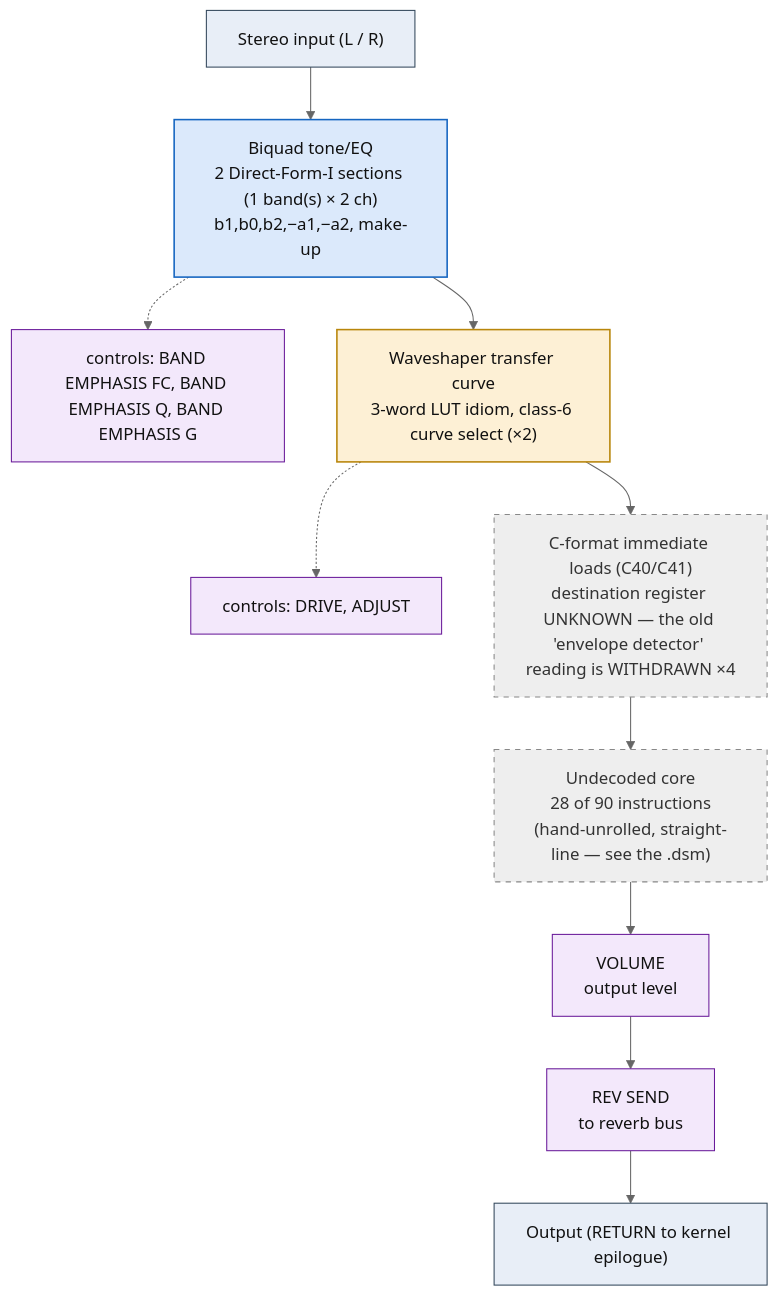
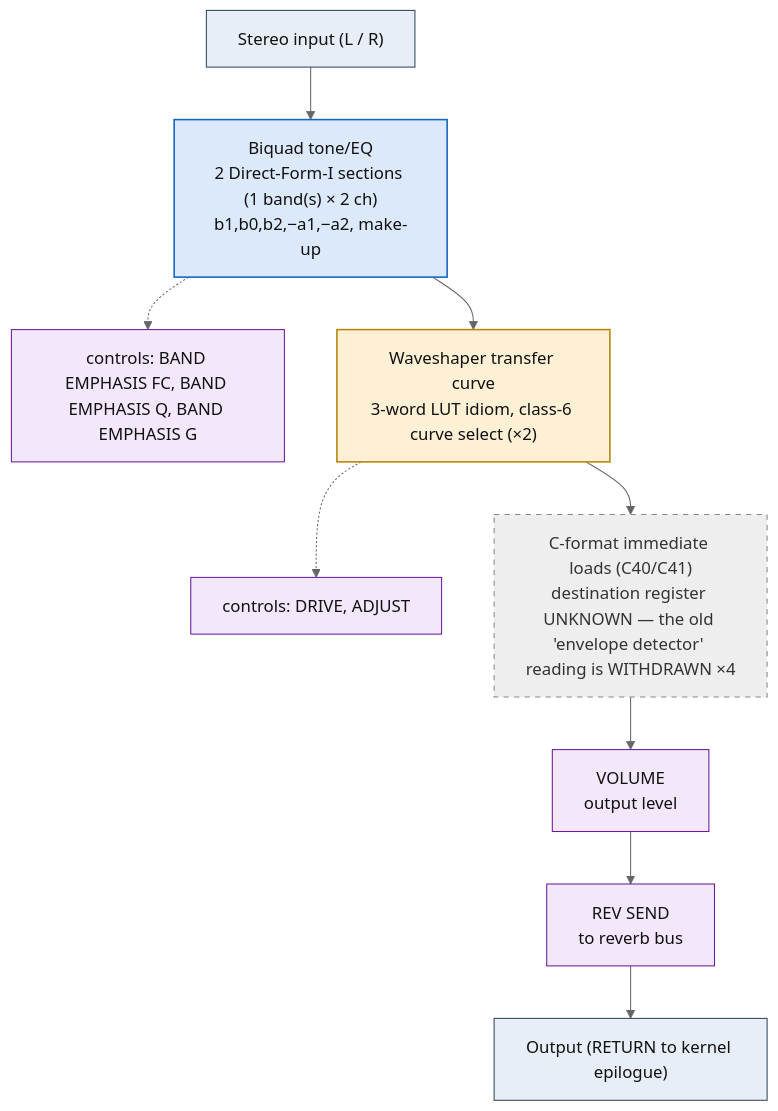
One commit to ArqueologiaDigital/kn5000-roms-disasm changed the diagram in dsp/flowcharts/prog96_peq_compr_dist.md. Above: the diagram before and after it, drawn with Mermaid (neutral theme). The commit also changed other lines of this file and 39 other files, not shown here.

First line of the commit message:
dsp: annotate all flowcharts with the classic effect topology each shape matches

````diff
--- a/dsp/flowcharts/prog96_peq_compr_dist.md
+++ b/dsp/flowcharts/prog96_peq_compr_dist.md
@@ -12,34 +12,32 @@
 ```mermaid
 flowchart TD
     N0["Stereo input (L / R)"]
     N1["Biquad tone/EQ<br/>2 Direct-Form-I sections (1 band(s) &times; 2 ch)<br/>b1,b0,b2,&minus;a1,&minus;a2, make-up"]
     N0 --> N1
     N2["controls: BAND EMPHASIS FC, BAND EMPHASIS Q, BAND EMPHASIS G"]
     N1 -.-> N2
     N3["Waveshaper transfer curve<br/>3-word LUT idiom, class-6 curve select (&times;2)"]
     N1 --> N3
     N4["controls: DRIVE, ADJUST"]
     N3 -.-> N4
     N5["C-format immediate loads (C40/C41)<br/>destination register UNKNOWN &mdash; the old 'envelope detector' reading is WITHDRAWN &times;4"]
     N3 --> N5
-    N6["Undecoded core<br/>28 of 90 instructions<br/>(hand-unrolled, straight-line &mdash; see the .dsm)"]
+    N6["VOLUME<br/>output level"]
     N5 --> N6
-    N7["VOLUME<br/>output level"]
+    N7["REV SEND<br/>to reverb bus"]
     N6 --> N7
-    N8["REV SEND<br/>to reverb bus"]
+    N8["Output (RETURN to kernel epilogue)"]
     N7 --> N8
-    N9["Output (RETURN to kernel epilogue)"]
-    N8 --> N9
 
     classDef io fill:#e8eef7,stroke:#33475b,stroke-width:1px,color:#111;
     classDef proven fill:#d7f0d7,stroke:#2e7d32,stroke-width:2px,color:#111;
     classDef measured fill:#dbe9fb,stroke:#1565c0,stroke-width:1.5px,color:#111;
     classDef inferred fill:#fdf0d5,stroke:#b8860b,stroke-width:1.5px,color:#111;
     classDef open fill:#eeeeee,stroke:#888,stroke-width:1px,color:#333,stroke-dasharray:5 5;
     classDef ctrl fill:#f3e8fb,stroke:#6a1b9a,stroke-width:1px,color:#111;
-    class N0,N9 io;
+    class N0,N8 io;
     class N1 measured;
-    class N2,N4,N7,N8 ctrl;
+    class N2,N4,N6,N7 ctrl;
     class N3 inferred;
-    class N5,N6 open;
+    class N5 open;
 ```
````
